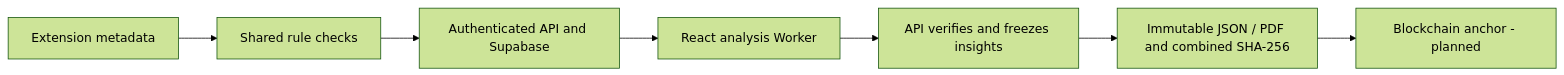
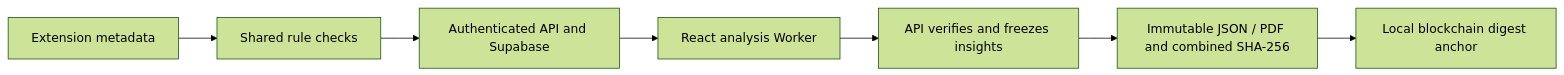
One commit to faizsaleem8/Vylnt changed the diagram in docs/PIPELINE.md. Above: the diagram before and after it, drawn with Mermaid (forest theme). The commit also changed other lines of this file and 44 other files, not shown here.

````diff
--- a/docs/PIPELINE.md
+++ b/docs/PIPELINE.md
@@ -5,9 +5,9 @@
 ```mermaid
 flowchart LR
   A[Extension metadata] --> B[Shared rule checks]
   B --> C[Authenticated API and Supabase]
   C --> D[React analysis Worker]
   D --> E[API verifies and freezes insights]
   E --> F[Immutable JSON / PDF and combined SHA-256]
-  F --> G[Blockchain anchor - planned]
+  F --> G[Local blockchain digest anchor]
 ```
````
